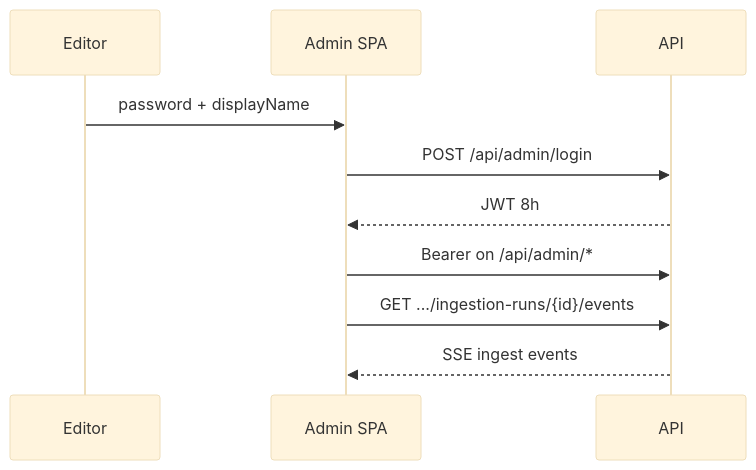
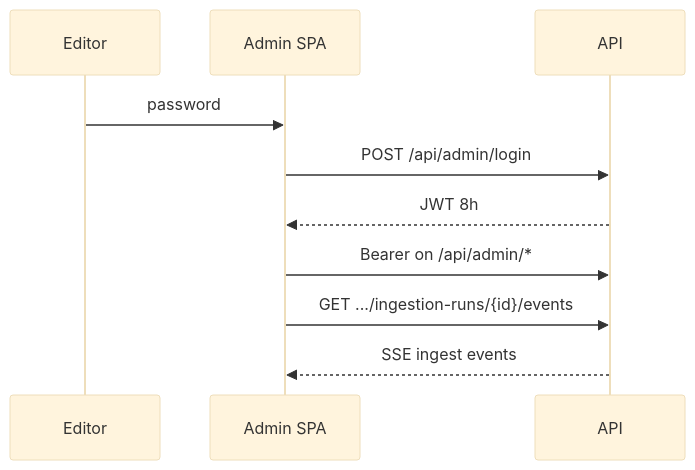
The second of 2 diagrams in docs/architecture/05-admin.md (sshivanshg/TAZAkhabar), drawn with Mermaid (base theme) before and after one commit. The commit also changed other lines of this file and 34 other files, not shown here.

````diff
--- a/docs/architecture/05-admin.md
+++ b/docs/architecture/05-admin.md
@@ -44,12 +44,12 @@
 ```mermaid
 sequenceDiagram
   participant E as Editor
   participant A as Admin SPA
   participant API as API
-  E->>A: password + displayName
+  E->>A: password
   A->>API: POST /api/admin/login
   API-->>A: JWT 8h
   A->>API: Bearer on /api/admin/*
   A->>API: GET .../ingestion-runs/{id}/events
   API-->>A: SSE ingest events
 ```
````
